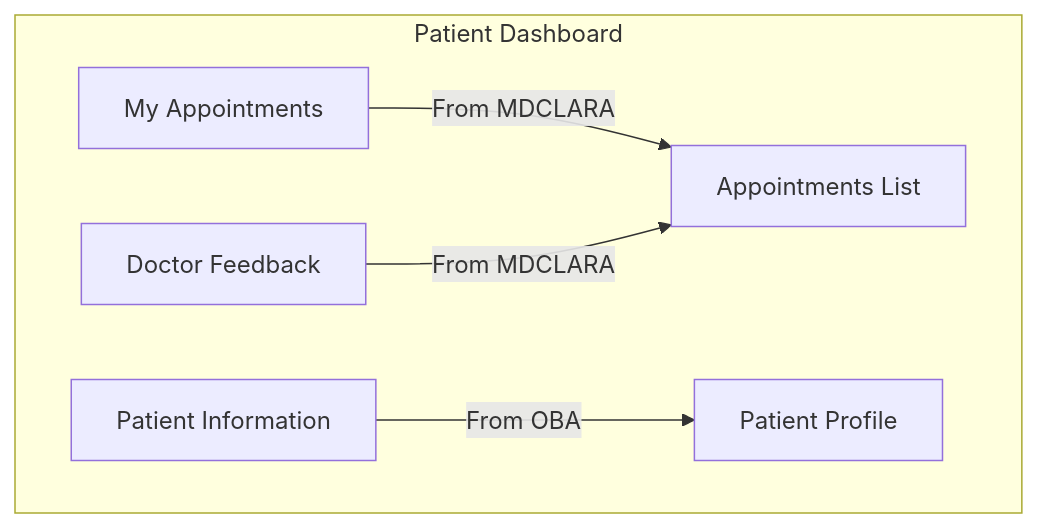
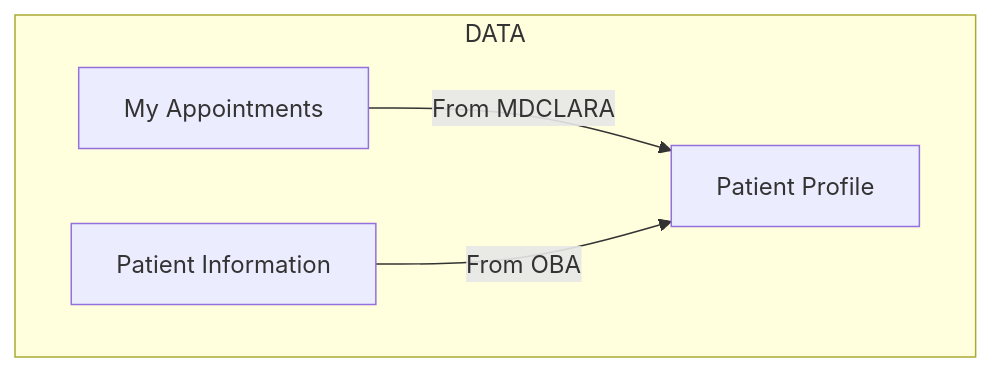
Before and after one commit to MOHAMEDHESMAM8/obahealthclub: the fifth of 5 diagrams in simple.md, drawn with Mermaid. The commit also changed other lines of this file and 4 other files, not shown here.

````diff
--- a/simple.md
+++ b/simple.md
@@ -88,8 +109,7 @@
 ```mermaid
 graph TD
-    subgraph "Patient Dashboard"
-        A[My Appointments] -->|From MDCLARA| B[Appointments List]
-        C[Doctor Feedback] -->|From MDCLARA| B
+    subgraph "DATA"
+        A[My Appointments] -->|From MDCLARA| E[Patient Profile]
         D[Patient Information] -->|From OBA| E[Patient Profile]
     end
 ```
````
